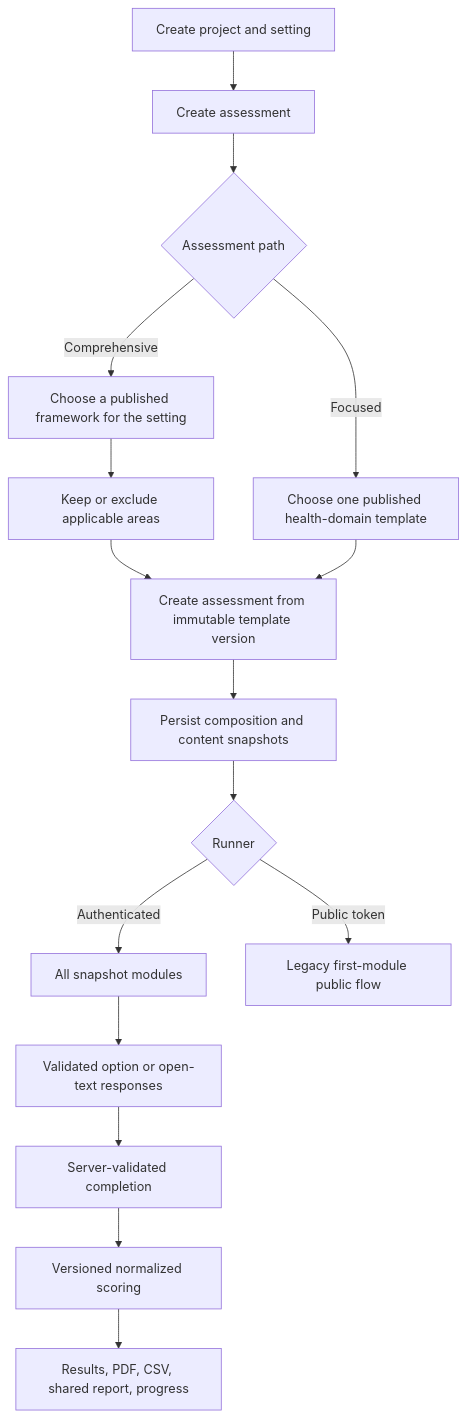
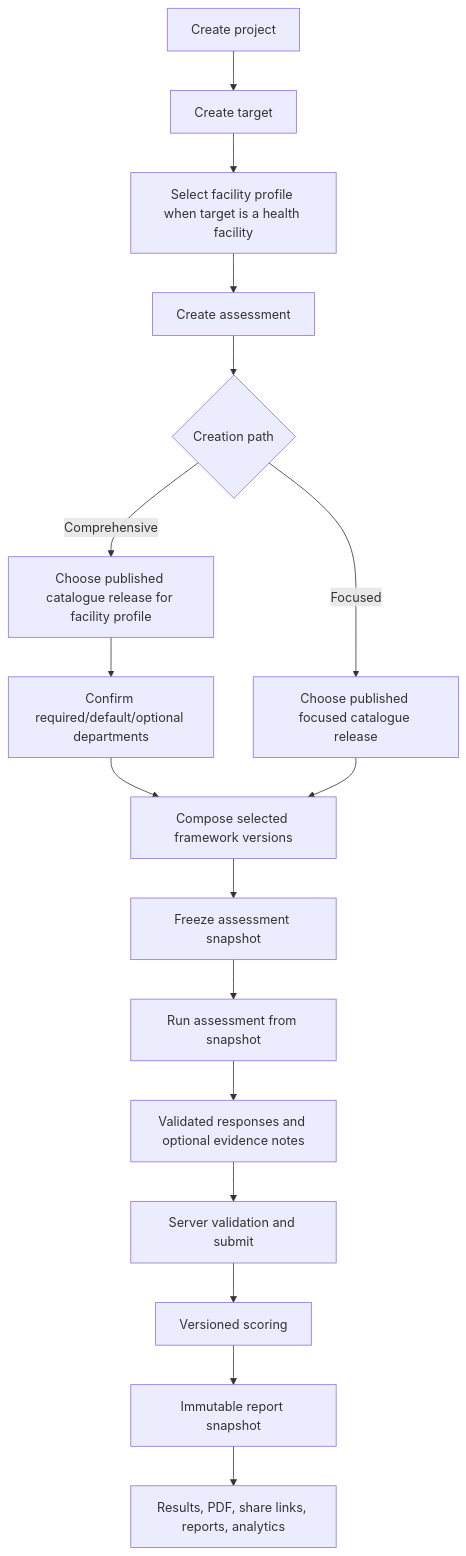
Before and after one commit to IsaacJootar/vytte: the diagram in docs/architecture/CURRENT_ASSESSMENT_FLOW.md, drawn with Mermaid. The commit also changed other lines of this file and 17 other files, not shown here.

Commit message:
Update docs for governed assessment composition

````diff
--- a/docs/architecture/CURRENT_ASSESSMENT_FLOW.md
+++ b/docs/architecture/CURRENT_ASSESSMENT_FLOW.md
@@ -9,18 +9,22 @@
 ```mermaid
 flowchart TD
-    P[Create project and setting] --> C[Create assessment]
-    C --> K{Assessment path}
-    K -->|Comprehensive| CT[Choose a published framework for the setting]
-    CT --> D[Keep or exclude applicable areas]
-    K -->|Focused| FT[Choose one published health-domain template]
-    D --> A[Create assessment from immutable template version]
-    FT --> A
-    A --> SN[Persist composition and content snapshots]
-    SN --> R{Runner}
-    R -->|Authenticated| AR[All snapshot modules]
-    R -->|Public token| PR[Legacy first-module public flow]
-    AR --> RESP[Validated option or open-text responses]
-    RESP --> SUB[Server-validated completion]
-    SUB --> SCORE[Versioned normalized scoring]
-    SCORE --> OUT[Results, PDF, CSV, shared report, progress]
+    P[Create project] --> T[Create target]
+    T --> FP[Select facility profile when target is a health facility]
+    FP --> C[Create assessment]
+    C --> PATH{Creation path}
+
+    PATH -->|Comprehensive| CR[Choose published catalogue release for facility profile]
+    CR --> DEP[Confirm required/default/optional departments]
+    DEP --> COMP[Compose selected framework versions]
+
+    PATH -->|Focused| FR[Choose published focused catalogue release]
+    FR --> COMP
+
+    COMP --> SN[Freeze assessment snapshot]
+    SN --> RUN[Run assessment from snapshot]
+    RUN --> RESP[Validated responses and optional evidence notes]
+    RESP --> SUB[Server validation and submit]
+    SUB --> SCORE[Versioned scoring]
+    SCORE --> REP[Immutable report snapshot]
+    REP --> OUT[Results, PDF, share links, reports, analytics]
 ```
````
